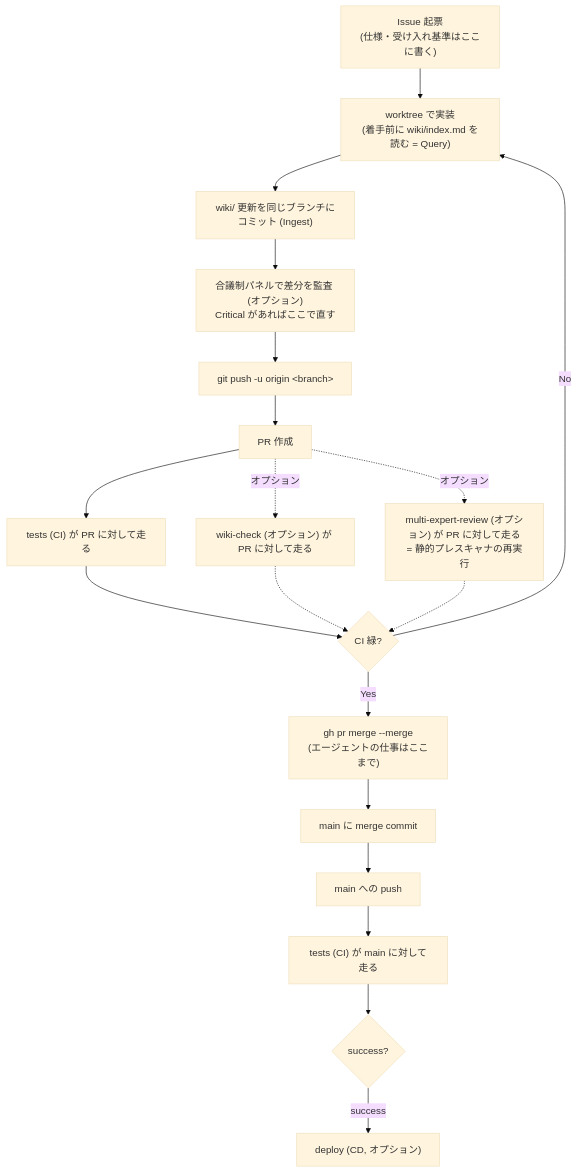
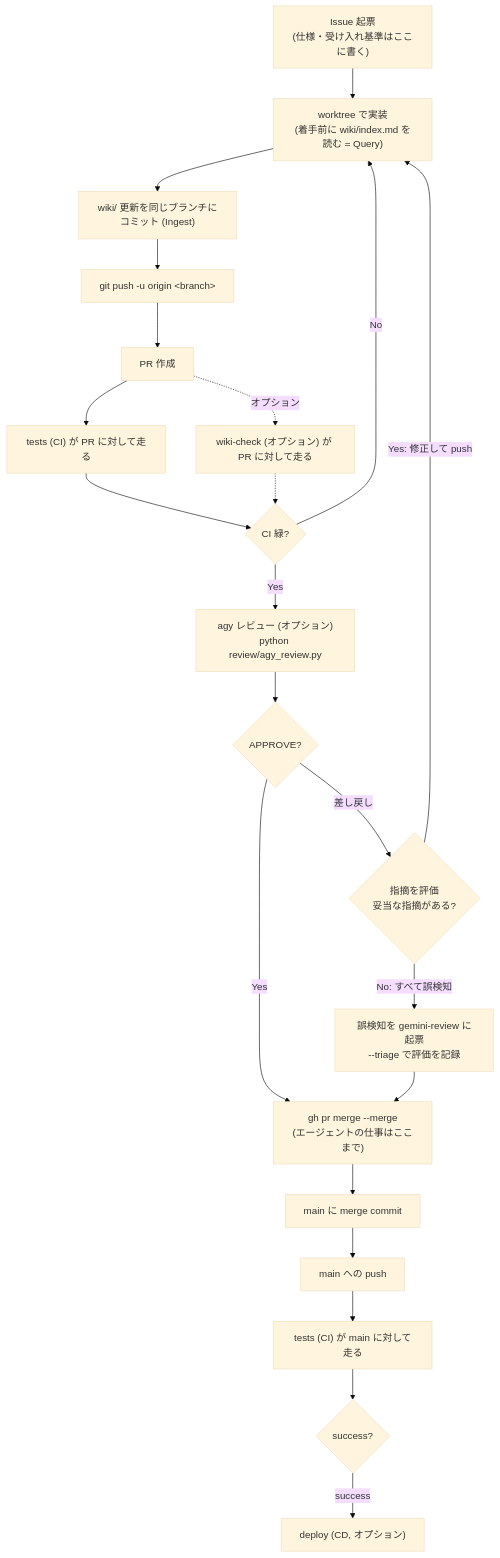
Before and after one commit to kant0123/ai-coding-template-mod-gemini-review: the diagram in docs/development_workflow.md, drawn with Mermaid (base theme). The commit also changed other lines of this file and 27 other files, not shown here.

````diff
--- a/docs/development_workflow.md
+++ b/docs/development_workflow.md
@@ -21,30 +21,35 @@
 ```mermaid
 flowchart TD
     issue["Issue 起票<br/>(仕様・受け入れ基準はここに書く)"]
     worktree["worktree で実装<br/>(着手前に wiki/index.md を読む = Query)"]
     wikiUpdate["wiki/ 更新を同じブランチにコミット (Ingest)"]
-    panel["合議制パネルで差分を監査 (オプション)<br/>Critical があればここで直す"]
     push["git push -u origin &lt;branch&gt;"]
     pr["PR 作成"]
     prTests["tests (CI) が PR に対して走る"]
     wikiCheck["wiki-check (オプション) が PR に対して走る"]
-    reviewCI["multi-expert-review (オプション) が PR に対して走る<br/>= 静的プレスキャナの再実行"]
     gate{"CI 緑?"}
+    review["agy レビュー (オプション)<br/>python review/agy_review.py"]
+    verdict{"APPROVE?"}
+    triage{"指摘を評価<br/>妥当な指摘がある?"}
+    fp["誤検知を gemini-review に起票<br/>--triage で評価を記録"]
     merge["gh pr merge --merge<br/>(エージェントの仕事はここまで)"]
     mainCommit["main に merge commit"]
     mainPush["main への push"]
     mainTests["tests (CI) が main に対して走る"]
     deploySuccess{"success?"}
     deploy["deploy (CD, オプション)"]
 
-    issue --> worktree --> wikiUpdate --> panel --> push --> pr
+    issue --> worktree --> wikiUpdate --> push --> pr
     pr --> prTests
     pr -.オプション.-> wikiCheck
-    pr -.オプション.-> reviewCI
     prTests --> gate
     wikiCheck -.-> gate
-    reviewCI -.-> gate
-    gate -->|Yes| merge --> mainCommit --> mainPush --> mainTests --> deploySuccess
+    gate -->|No| worktree
+    gate -->|Yes| review --> verdict
+    verdict -->|Yes| merge
+    verdict -->|差し戻し| triage
+    triage -->|Yes: 修正して push| worktree
+    triage -->|No: すべて誤検知| fp --> merge
+    merge --> mainCommit --> mainPush --> mainTests --> deploySuccess
     deploySuccess -->|success| deploy
-    gate -->|No| worktree
 ```
````
